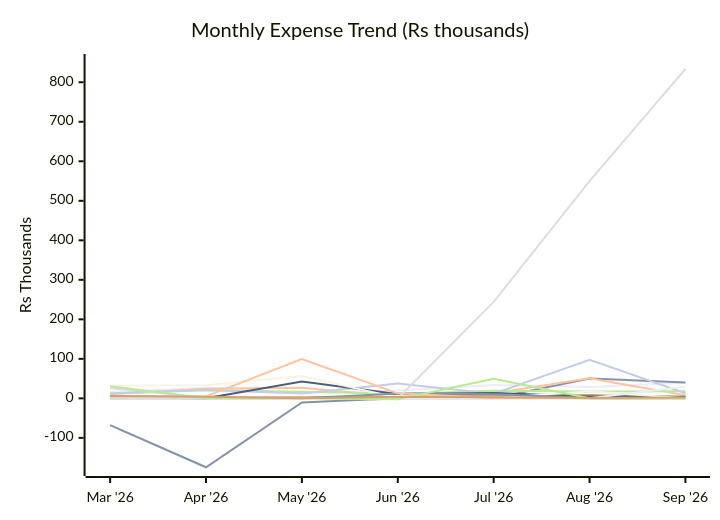
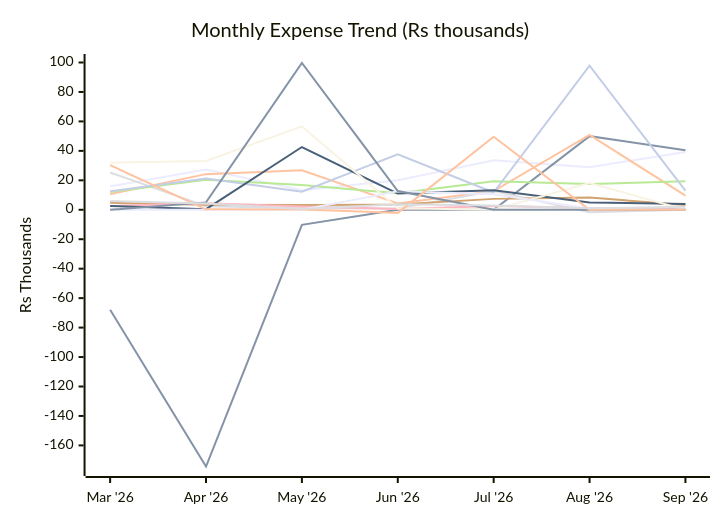
Before and after one commit to sachin-hg/expense-reporter: the first of 3 diagrams in reports/2026-09.md, drawn with Mermaid. The commit also changed other lines of this file and 11 other files, not shown here.

First line of the commit message:
Exclude investments from main trend chart; add separate investments bar chart

````diff
--- a/reports/2026-09.md
+++ b/reports/2026-09.md
@@ -28,22 +28,20 @@
 ```mermaid
 xychart-beta
     title "Monthly Expense Trend (Rs thousands)"
     x-axis ["Mar '26", "Apr '26", "May '26", "Jun '26", "Jul '26", "Aug '26", "Sep '26"]
-    y-axis "Rs Thousands" -175 --> 850
+    y-axis "Rs Thousands" -175 --> 100
     line "Travel" [15.9, 27.3, 13.3, 20.0, 33.6, 28.9, 39.3]
     line "Trip" [-67.9, -174.4, -10.2, 0.0, 0.0, 50.0, 40.4]
-    line "Shopping" [10.6, 24.2, 26.8, 4.3, 12.7, 50.8, 7.6]
-    line "Baby" [25.3, 2.4, 1.0, 0.8, 12.8, -1.7, 2.0]
-    line "Outside Food" [12.1, 20.3, 16.9, 11.2, 19.4, 17.5, 17.7]
+    line "Shopping" [10.6, 24.2, 26.8, 4.3, 12.7, 50.8, 9.6]
+    line "Baby" [25.3, 2.4, 1.0, 0.8, 12.8, -1.7, 0.0]
+    line "Outside Food" [12.1, 20.3, 16.9, 11.2, 19.4, 17.5, 19.3]
     line "Grocery" [4.7, 3.4, 3.2, 3.5, 7.4, 8.3, 3.2]
     line "Utilities & Bills" [12.6, 21.3, 12.3, 37.7, 11.7, 97.8, 13.0]
-    line "Health, Fitness & Self Care" [2.5, 4.4, 2.3, 0.6, 2.5, 1.2, 2.0]
+    line "Health, Fitness & Self Care" [2.5, 4.4, 2.3, 0.6, 2.5, 1.2, 0.4]
     line "Upskill / AI" [2.6, 0.4, 42.6, 11.0, 13.3, 4.9, 4.0]
     line "Rohan" [32.0, 33.1, 56.6, 1.1, -0.0, 18.1, -0.0]
-    line "Nitin" [0.0, 0.0, 0.0, 0.0, 0.0, 0.0, 29.9]
     line "Papa" [0.0, 0.0, 0.0, 12.5, 10.6, 0.9, 0.0]
     line "One-Time Expense" [0.0, 5.0, 99.7, 12.7, 0.0, 0.0, 0.0]
-    line "Investments" [0.0, 0.0, 0.0, 0.0, 244.2, 550.0, 833.6]
     line "Tax" [30.3, 0.3, 0.2, -2.1, 49.6, 0.0, 0.0]
     line "Others" [5.9, 4.3, 0.5, 3.7, 2.9, 1.0, 2.1]
 ```
````
